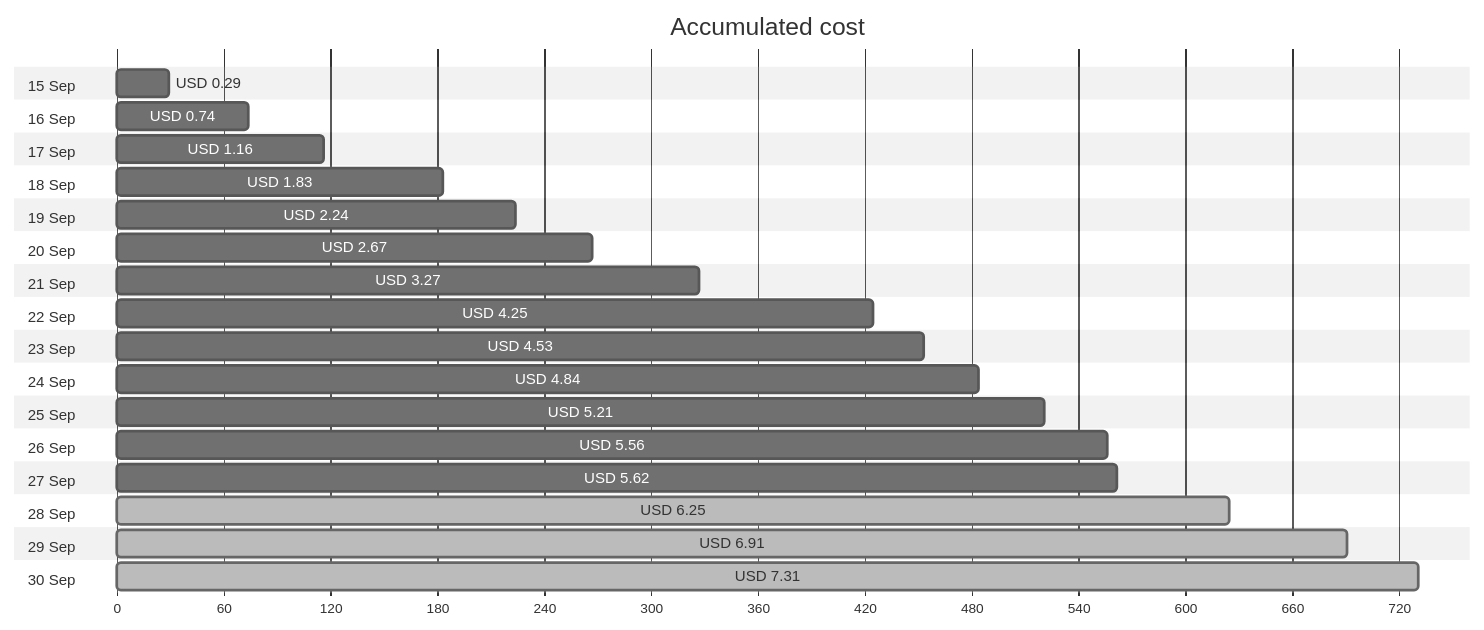
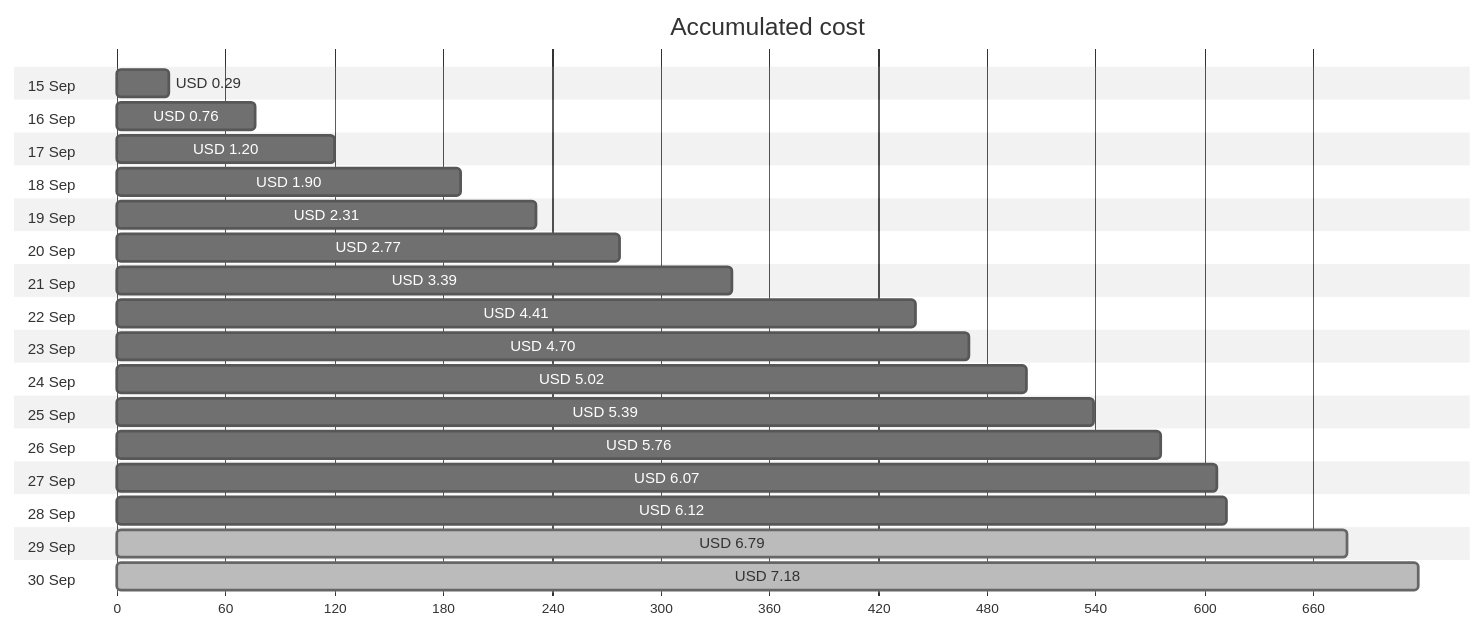
The first of 4 diagrams in cost-reports/personal-network/vpn-server.md (jpfulton/azure-personal-reports), drawn with Mermaid (neutral theme) before and after one commit. The commit also changed other lines of this file and 9 other files, not shown here.

````diff
--- a/cost-reports/personal-network/vpn-server.md
+++ b/cost-reports/personal-network/vpn-server.md
@@ -20,38 +20,38 @@
 ```mermaid
 gantt
    title Accumulated cost
    dateFormat  X
    axisFormat %s
    section 15 Sep
    USD 0.29 :0, 29
    section 16 Sep
-   USD 0.74 :0, 74
+   USD 0.76 :0, 76
    section 17 Sep
-   USD 1.16 :0, 116
+   USD 1.20 :0, 120
    section 18 Sep
-   USD 1.83 :0, 183
+   USD 1.90 :0, 190
    section 19 Sep
-   USD 2.24 :0, 224
+   USD 2.31 :0, 231
    section 20 Sep
-   USD 2.67 :0, 267
+   USD 2.77 :0, 277
    section 21 Sep
-   USD 3.27 :0, 327
+   USD 3.39 :0, 339
    section 22 Sep
-   USD 4.25 :0, 425
+   USD 4.41 :0, 441
    section 23 Sep
-   USD 4.53 :0, 453
+   USD 4.70 :0, 470
    section 24 Sep
-   USD 4.84 :0, 484
+   USD 5.02 :0, 502
    section 25 Sep
-   USD 5.21 :0, 521
+   USD 5.39 :0, 539
    section 26 Sep
-   USD 5.56 :0, 556
+   USD 5.76 :0, 576
    section 27 Sep
-   USD 5.62 :0, 562
+   USD 6.07 :0, 607
    section 28 Sep
-   USD 6.25 : done, 0, 625
+   USD 6.12 :0, 612
    section 29 Sep
-   USD 6.91 : done, 0, 691
+   USD 6.79 : done, 0, 679
    section 30 Sep
-   USD 7.31 : done, 0, 731
+   USD 7.18 : done, 0, 718
 ```
````
